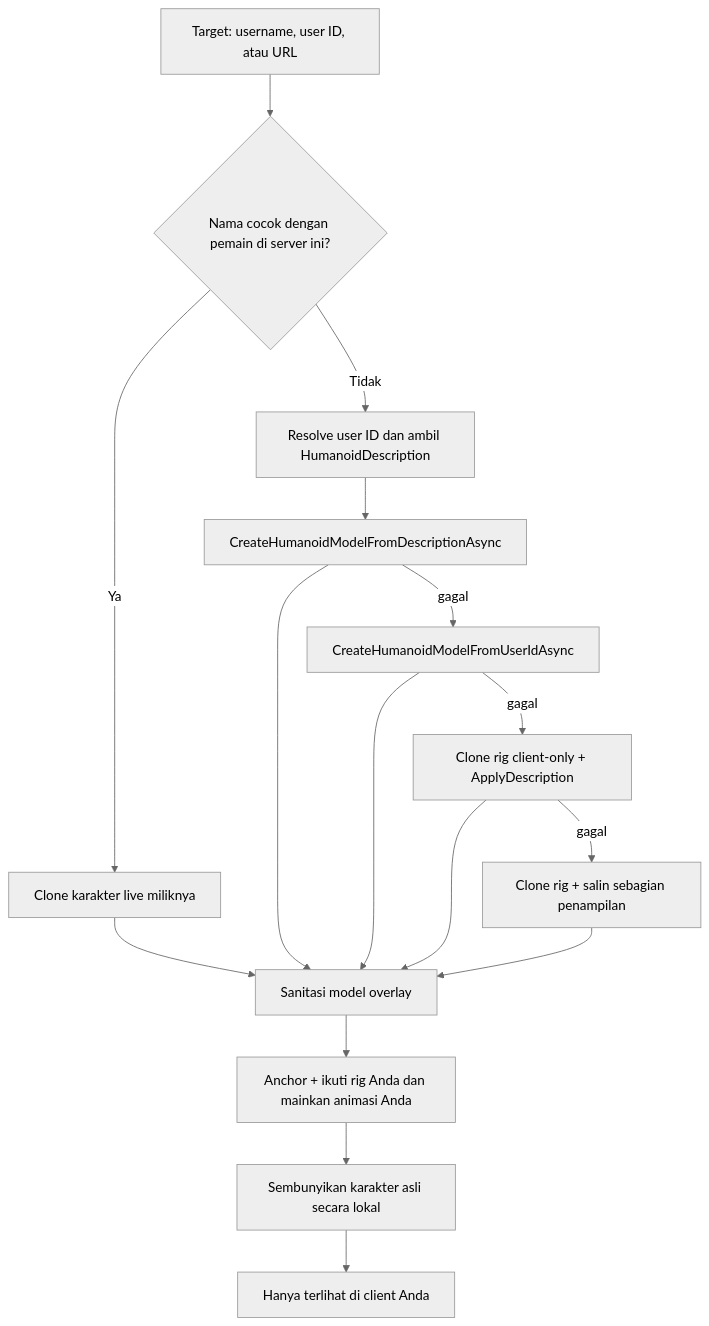
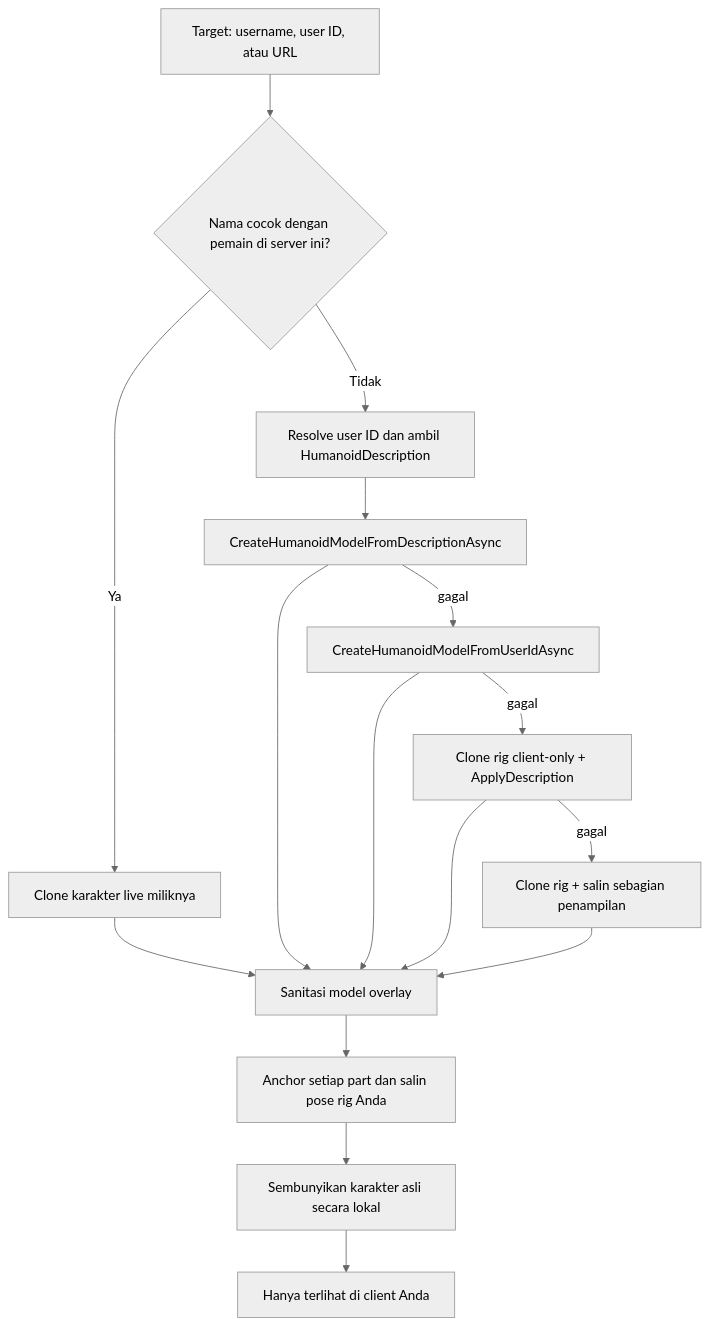
One commit to ArchDityaa/avatar-copier changed the diagram in README.id.md. Above: the diagram before and after it, drawn with Mermaid (neutral theme). The commit also changed other lines of this file and 6 other files, not shown here.

````diff
--- a/README.id.md
+++ b/README.id.md
@@ -164,18 +164,18 @@
 ```mermaid
 flowchart TD
     A[Target: username, user ID, atau URL] --> B{Nama cocok dengan pemain di server ini?}
     B -- Ya --> C[Clone karakter live miliknya]
     B -- Tidak --> D[Resolve user ID dan ambil HumanoidDescription]
     D --> E[CreateHumanoidModelFromDescriptionAsync]
     E -- gagal --> F[CreateHumanoidModelFromUserIdAsync]
     F -- gagal --> G[Clone rig client-only + ApplyDescription]
     G -- gagal --> H[Clone rig + salin sebagian penampilan]
     C --> I[Sanitasi model overlay]
     E --> I
     F --> I
     G --> I
     H --> I
-    I --> J[Anchor + ikuti rig Anda dan mainkan animasi Anda]
+    I --> J[Anchor setiap part dan salin pose rig Anda]
     J --> K[Sembunyikan karakter asli secara lokal]
     K --> L[Hanya terlihat di client Anda]
 ```
````
